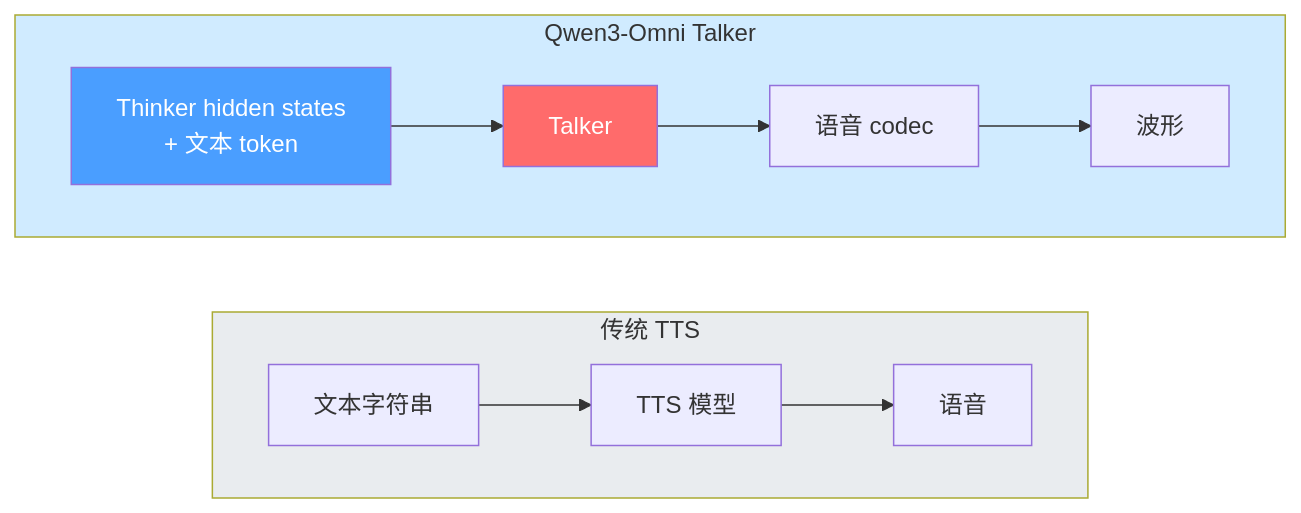
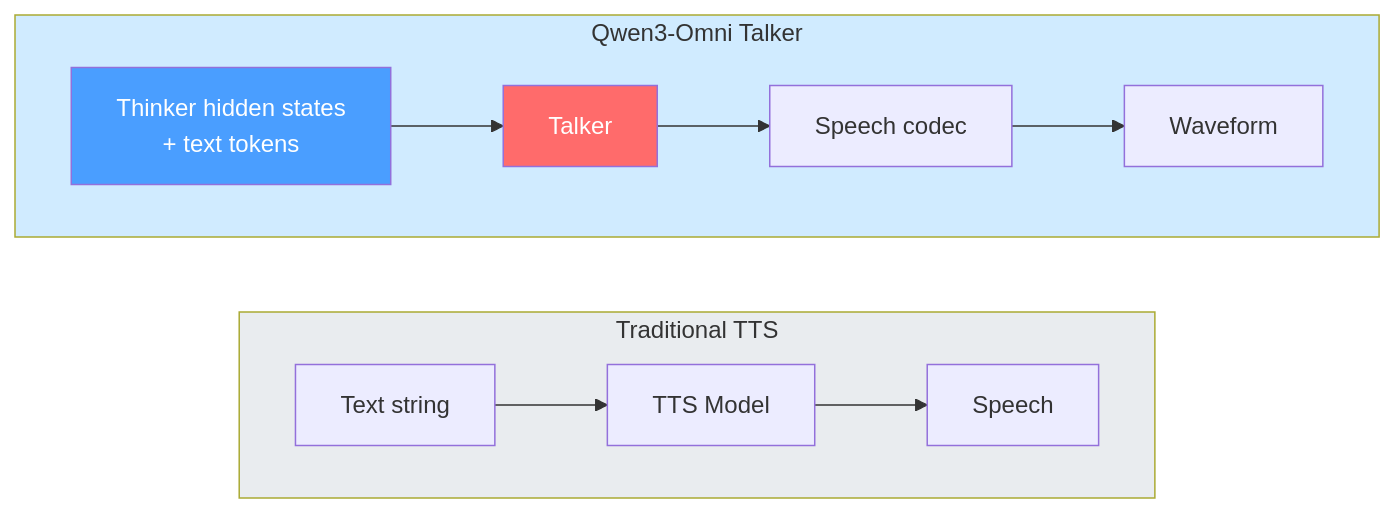
The third of 31 diagrams in sglang/sglang-omni/README.md (zhaochenyang20/Awesome-ML-SYS-Tutorial), drawn with Mermaid before and after one commit. The commit also changed other lines of this file, not shown here.

First line of the commit message:
style: use English in all Mermaid diagrams, fix broken links, simplify oversized charts

````diff
--- a/sglang/sglang-omni/README.md
+++ b/sglang/sglang-omni/README.md
@@ -139,17 +139,17 @@
 ```mermaid
 graph LR
-    subgraph Traditional["传统 TTS"]
+    subgraph Traditional["Traditional TTS"]
         direction LR
-        A1["文本字符串"] --> A2["TTS 模型"] --> A3["语音"]
+        A1["Text string"] --> A2["TTS Model"] --> A3["Speech"]
     end
 
     subgraph Qwen3["Qwen3-Omni Talker"]
         direction LR
-        B1["Thinker hidden states<br/>+ 文本 token"] --> B2["Talker"] --> B3["语音 codec"] --> B4["波形"]
+        B1["Thinker hidden states<br/>+ text tokens"] --> B2["Talker"] --> B3["Speech codec"] --> B4["Waveform"]
     end
 
     style Traditional fill:#e9ecef,color:#333
     style Qwen3 fill:#d0ebff,color:#333
     style B1 fill:#4a9eff,color:#fff
     style B2 fill:#ff6b6b,color:#fff
 ```
````
